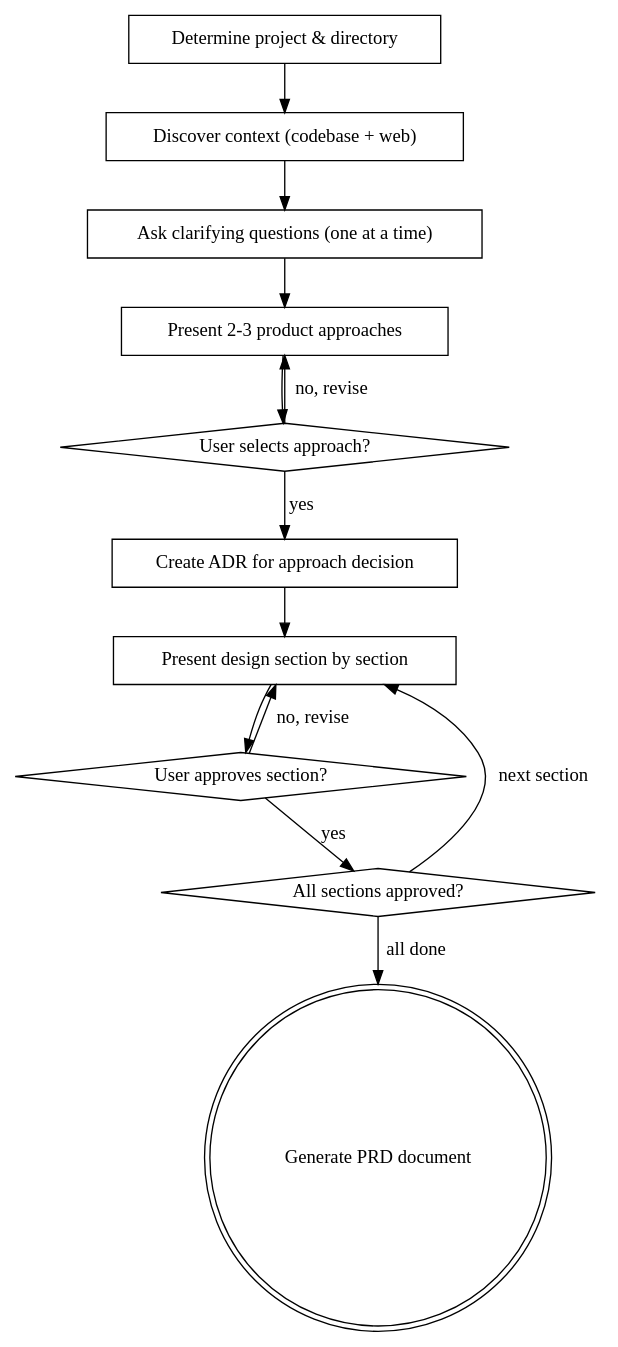
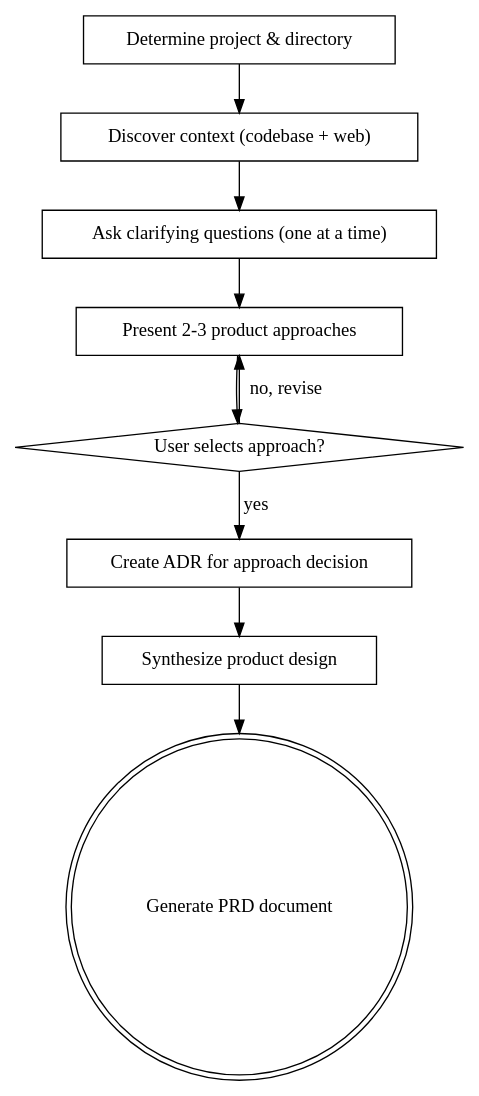
One commit to compozy/agh changed the diagram in .agents/skills/cy-create-prd/SKILL.md. Above: the diagram before and after it, drawn with Graphviz. The commit also changed other lines of this file and 120 other files, not shown here.

````diff
--- a/.agents/skills/cy-create-prd/SKILL.md
+++ b/.agents/skills/cy-create-prd/SKILL.md
@@ -79,27 +107,21 @@
 ```dot
 digraph create_prd {
     "Determine project & directory" [shape=box];
     "Discover context (codebase + web)" [shape=box];
     "Ask clarifying questions (one at a time)" [shape=box];
     "Present 2-3 product approaches" [shape=box];
     "User selects approach?" [shape=diamond];
     "Create ADR for approach decision" [shape=box];
-    "Present design section by section" [shape=box];
-    "User approves section?" [shape=diamond];
-    "All sections approved?" [shape=diamond];
+    "Synthesize product design" [shape=box];
     "Generate PRD document" [shape=doublecircle];
 
     "Determine project & directory" -> "Discover context (codebase + web)";
     "Discover context (codebase + web)" -> "Ask clarifying questions (one at a time)";
     "Ask clarifying questions (one at a time)" -> "Present 2-3 product approaches";
     "Present 2-3 product approaches" -> "User selects approach?";
     "User selects approach?" -> "Present 2-3 product approaches" [label="no, revise"];
     "User selects approach?" -> "Create ADR for approach decision" [label="yes"];
-    "Create ADR for approach decision" -> "Present design section by section";
-    "Present design section by section" -> "User approves section?";
-    "User approves section?" -> "Present design section by section" [label="no, revise"];
-    "User approves section?" -> "All sections approved?" [label="yes"];
-    "All sections approved?" -> "Present design section by section" [label="next section"];
-    "All sections approved?" -> "Generate PRD document" [label="all done"];
+    "Create ADR for approach decision" -> "Synthesize product design";
+    "Synthesize product design" -> "Generate PRD document";
 }
 ```
````
